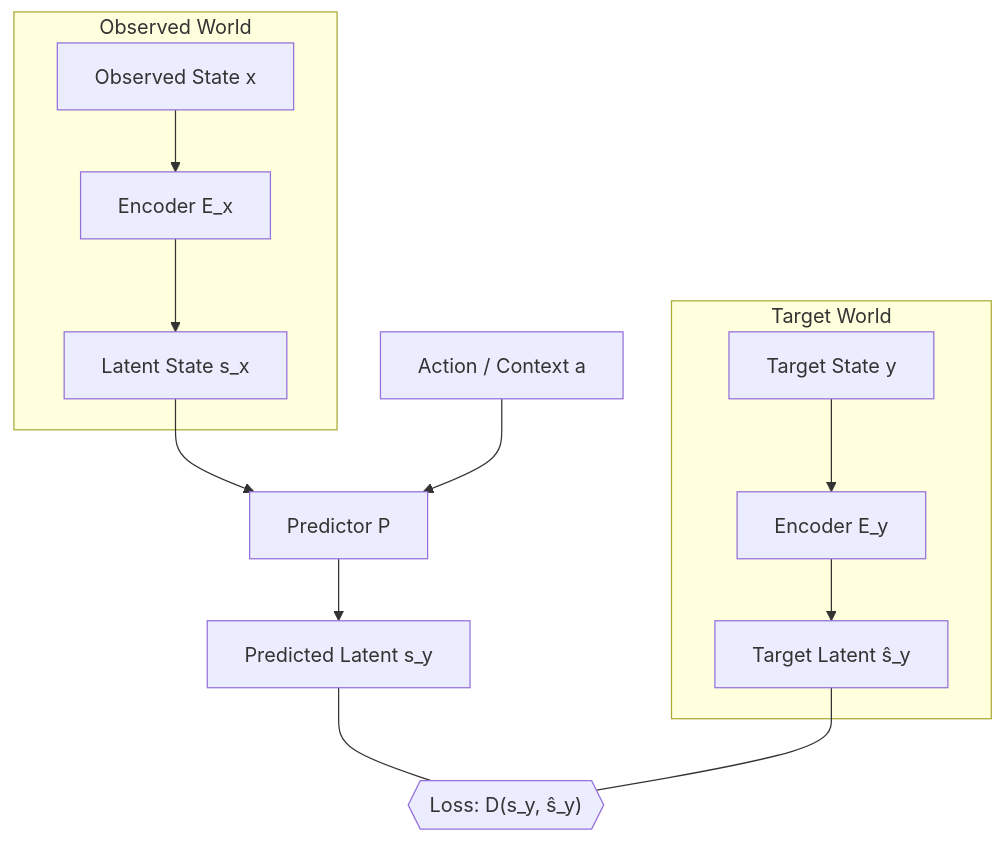
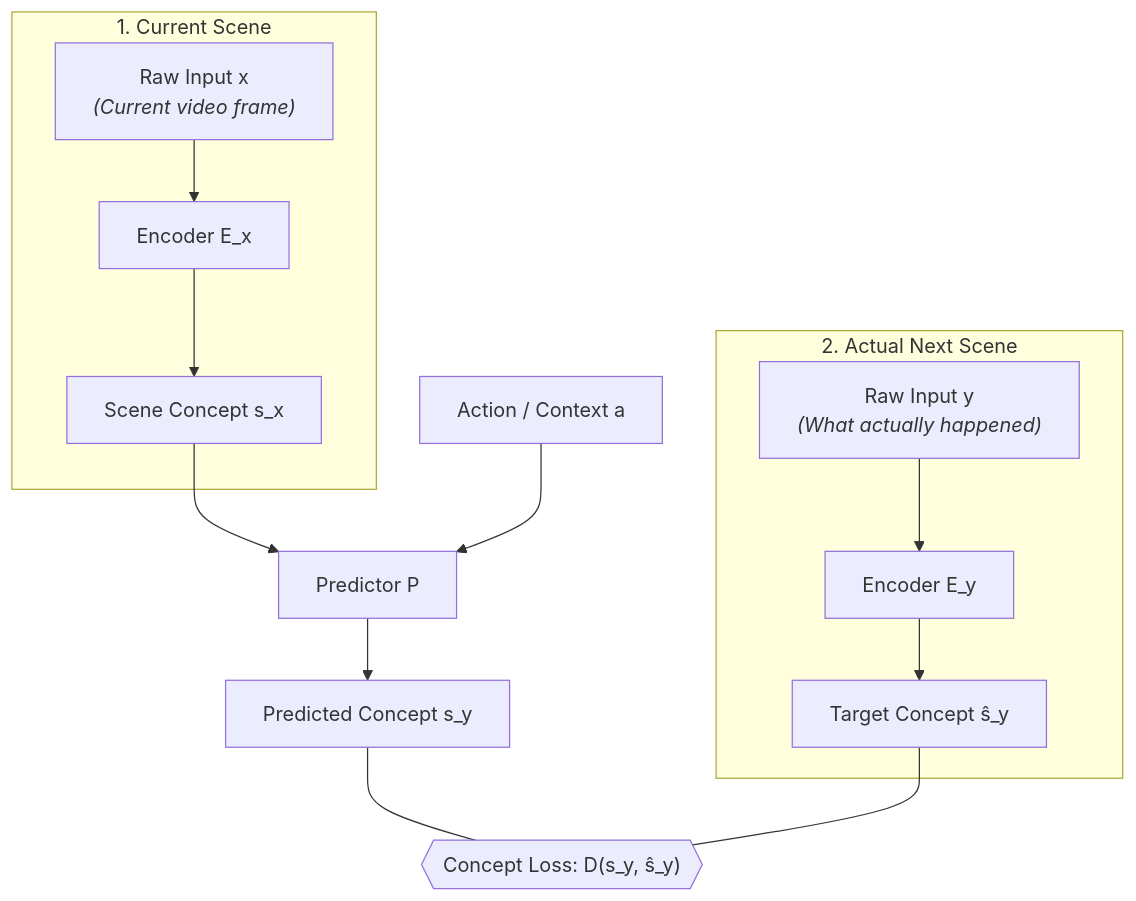
One commit to mynameisjpg/mynameisjpg changed the fourth of 5 diagrams in _posts/2026-09-24-lecun-world-models-jepa.md. Above: the diagram before and after it, drawn with Mermaid. The commit also changed other lines of this file and 2 other files, not shown here.

````diff
--- a/_posts/2026-09-24-lecun-world-models-jepa.md
+++ b/_posts/2026-09-24-lecun-world-models-jepa.md
@@ -150,19 +152,19 @@
 ```mermaid
 flowchart TD
-    subgraph Observed ["Observed World"]
-        X["Observed State x"] --> EX["Encoder E_x"]
-        EX --> SX["Latent State s_x"]
+    subgraph Current ["1. Current Scene"]
+        X["Raw Input x<br/><i>(Current video frame)</i>"] --> EX["Encoder E_x"]
+        EX --> SX["Scene Concept s_x"]
     end
 
-    subgraph Target ["Target World"]
-        Y["Target State y"] --> EY["Encoder E_y"]
-        EY --> SY["Target Latent ŝ_y"]
+    subgraph Future ["2. Actual Next Scene"]
+        Y["Raw Input y<br/><i>(What actually happened)</i>"] --> EY["Encoder E_y"]
+        EY --> SY["Target Concept ŝ_y"]
     end
 
     SX --> P["Predictor P"]
     A["Action / Context a"] --> P
-    P --> PSY["Predicted Latent s_y"]
+    P --> PSY["Predicted Concept s_y"]
 
-    PSY --- LOSS{{"Loss: D(s_y, ŝ_y)"}}
+    PSY --- LOSS{{"Concept Loss: D(s_y, ŝ_y)"}}
     SY --- LOSS
 ```
````
